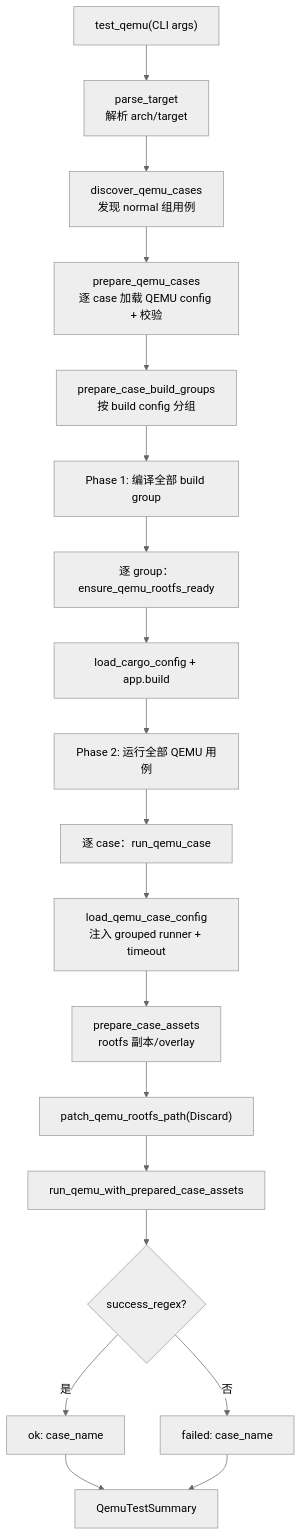
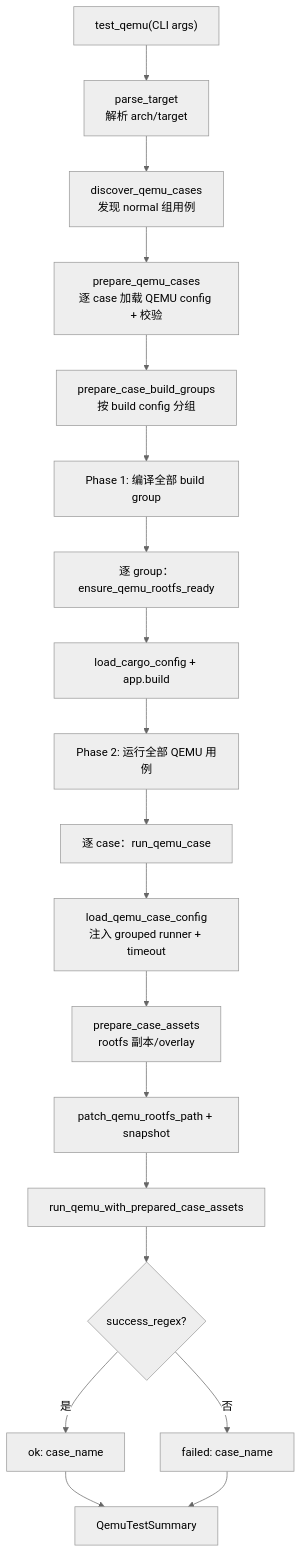
The first of 2 diagrams in docs/docs/build/axvisor/test.md (Dirinkbottle/tgoskits), drawn with Mermaid (neutral theme) before and after one commit. The commit also changed other lines of this file and 3840 other files, not shown here.

````diff
--- a/docs/docs/build/axvisor/test.md
+++ b/docs/docs/build/axvisor/test.md
@@ -49,21 +49,21 @@
 ```mermaid
 flowchart TD
     A["test_qemu(CLI args)"] --> B["parse_target<br/>解析 arch/target"]
     B --> C["discover_qemu_cases<br/>发现 normal 组用例"]
     C --> D["prepare_qemu_cases<br/>逐 case 加载 QEMU config + 校验"]
     D --> E["prepare_case_build_groups<br/>按 build config 分组"]
     E --> F["Phase 1: 编译全部 build group"]
     F --> F1["逐 group：ensure_qemu_rootfs_ready"]
     F1 --> F2["load_cargo_config + app.build"]
     F2 --> G["Phase 2: 运行全部 QEMU 用例"]
     G --> H["逐 case：run_qemu_case"]
     H --> I["load_qemu_case_config<br/>注入 grouped runner + timeout"]
     I --> J["prepare_case_assets<br/>rootfs 副本/overlay"]
-    J --> K["patch_qemu_rootfs_path(Discard)"]
+    J --> K["patch_qemu_rootfs_path + snapshot"]
     K --> L["run_qemu_with_prepared_case_assets"]
     L --> M{"success_regex?"}
     M -->|是| N["ok: case_name"]
     M -->|否| O["failed: case_name"]
     N --> P["QemuTestSummary"]
     O --> P
 ```
````
